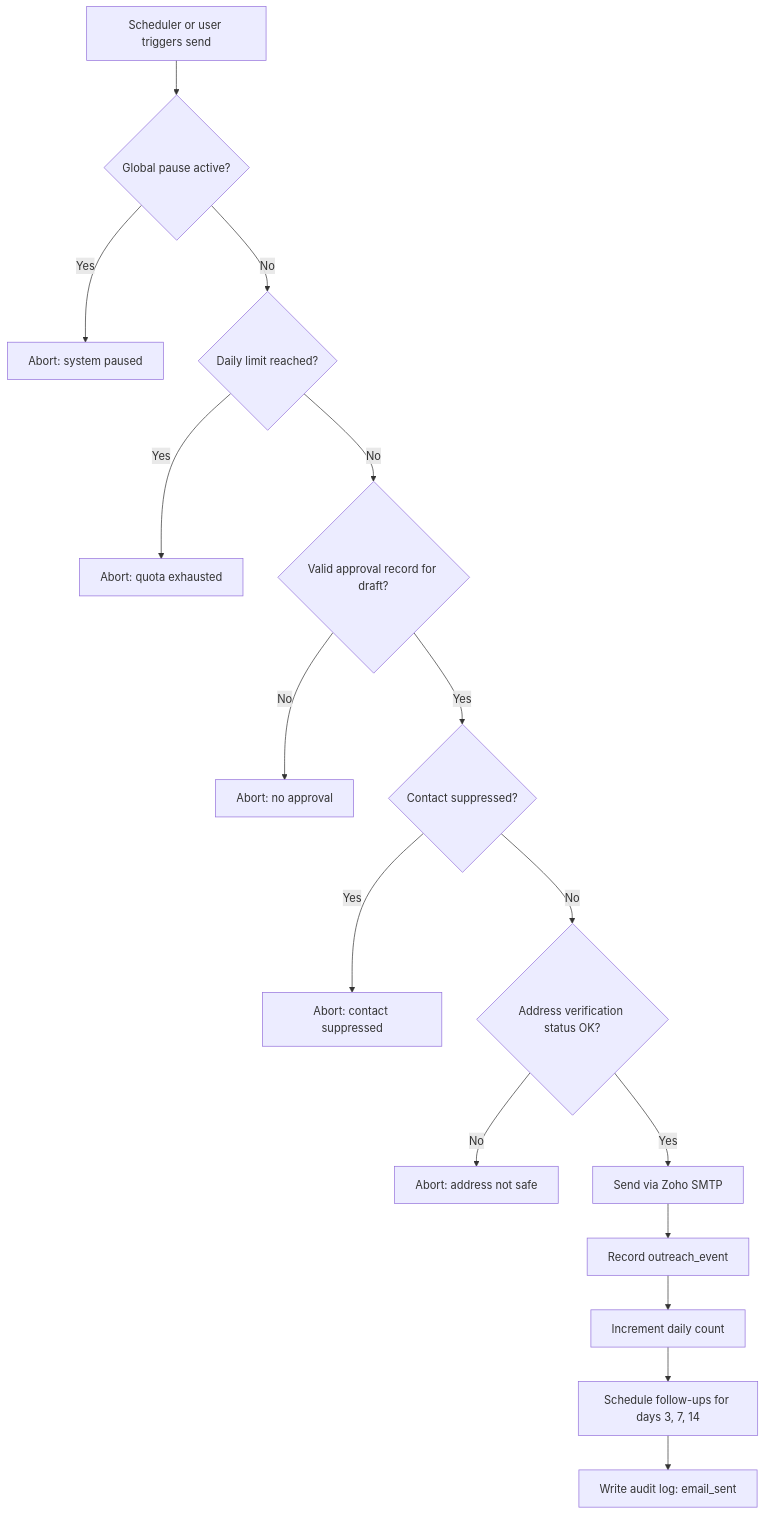
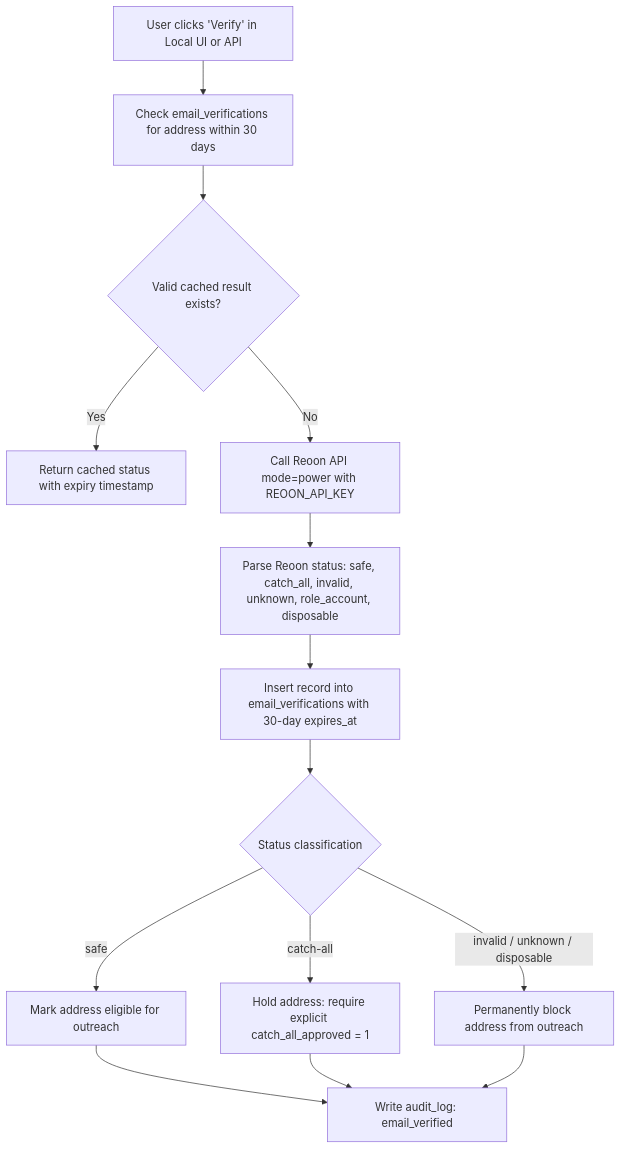
The fourth of 5 diagrams in docs/WORKFLOWS.md (Devzane/Tandora), drawn with Mermaid before and after one commit. The commit also changed other lines of this file, not shown here.

Commit message:
docs(workflows): update workflows with post/overlay capture, approval hashing, and send attempts

````diff
--- a/docs/WORKFLOWS.md
+++ b/docs/WORKFLOWS.md
@@ -222,18 +148,16 @@
 ```mermaid
 flowchart TD
-    A[Scheduler or user triggers send] --> B{Global pause active?}
-    B -->|Yes| C[Abort: system paused]
-    B -->|No| D{Daily limit reached?}
-    D -->|Yes| E[Abort: quota exhausted]
-    D -->|No| F{Valid approval record for draft?}
-    F -->|No| G[Abort: no approval]
-    F -->|Yes| H{Contact suppressed?}
-    H -->|Yes| I[Abort: contact suppressed]
-    H -->|No| J{Address verification status OK?}
-    J -->|No| K[Abort: address not safe]
-    J -->|Yes| L[Send via Zoho SMTP]
-    L --> M[Record outreach_event]
-    M --> N[Increment daily count]
-    N --> O[Schedule follow-ups for days 3, 7, 14]
-    O --> P[Write audit log: email_sent]
+    A[User clicks 'Verify' in Local UI or API] --> B[Check email_verifications for address within 30 days]
+    B --> C{Valid cached result exists?}
+    C -->|Yes| D[Return cached status with expiry timestamp]
+    C -->|No| E[Call Reoon API mode=power with REOON_API_KEY]
+    E --> F[Parse Reoon status: safe, catch_all, invalid, unknown, role_account, disposable]
+    F --> G[Insert record into email_verifications with 30-day expires_at]
+    G --> H{Status classification}
+    H -->|safe| I[Mark address eligible for outreach]
+    H -->|catch-all| J[Hold address: require explicit catch_all_approved = 1]
+    H -->|invalid / unknown / disposable| K[Permanently block address from outreach]
+    I --> L[Write audit_log: email_verified]
+    J --> L
+    K --> L
 ```
````
